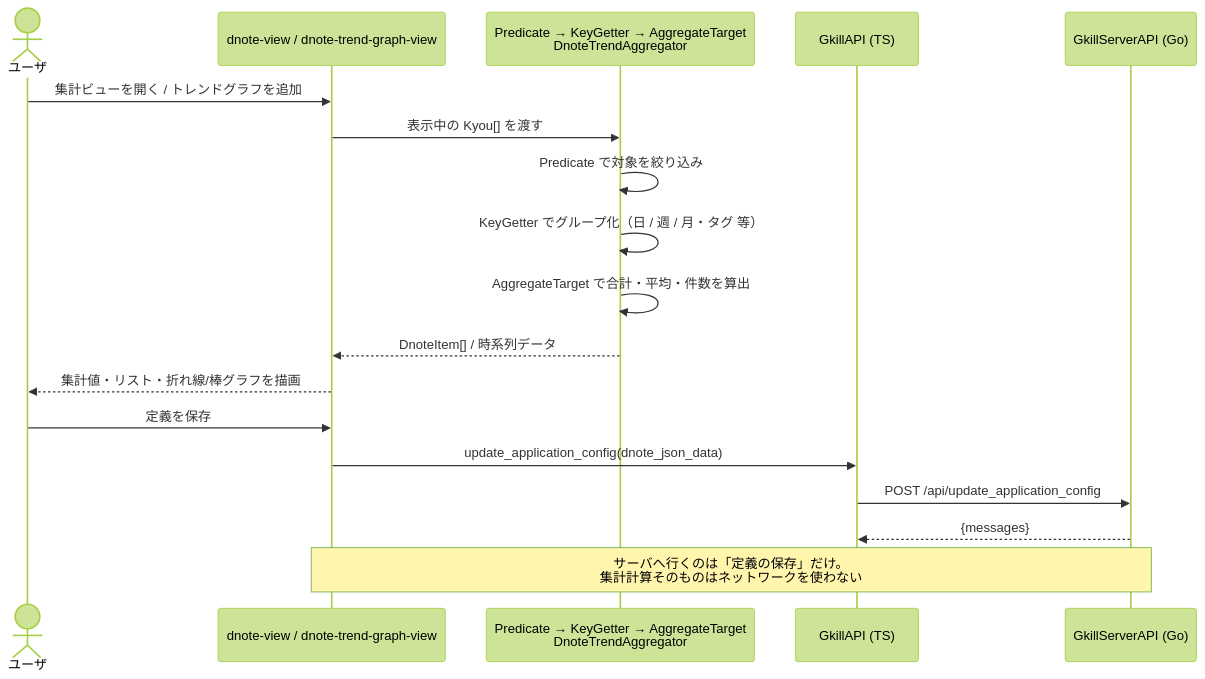
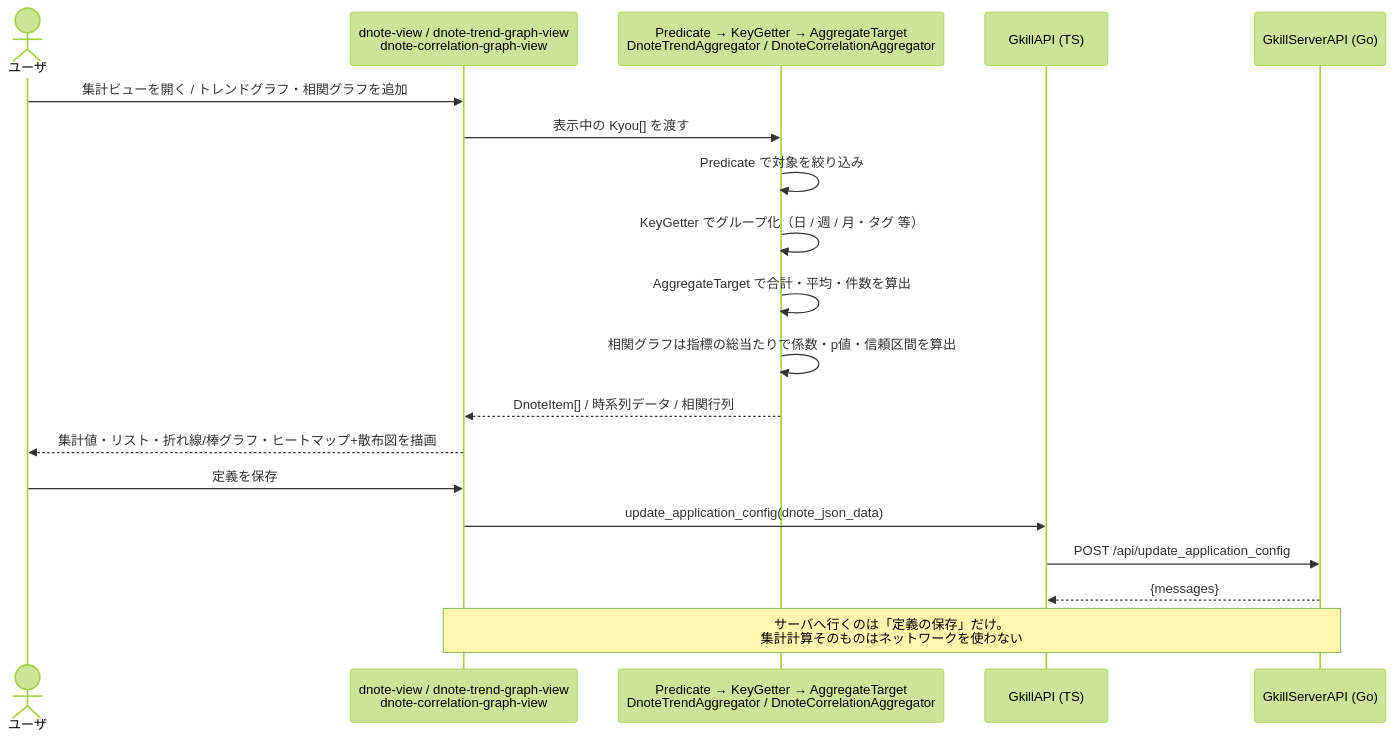
Diagram 25 of 25 in documents/reverse/scenario.md (mt3hr/gkill), drawn with Mermaid (forest theme) before and after one commit. The commit also changed other lines of this file and 74 other files, not shown here.

````diff
--- a/documents/reverse/scenario.md
+++ b/documents/reverse/scenario.md
@@ -784,21 +784,22 @@
 ```mermaid
 sequenceDiagram
     actor User as ユーザ
-    participant View as dnote-view / dnote-trend-graph-view
-    participant Agg as Predicate → KeyGetter → AggregateTarget<br>DnoteTrendAggregator
+    participant View as dnote-view / dnote-trend-graph-view<br>dnote-correlation-graph-view
+    participant Agg as Predicate → KeyGetter → AggregateTarget<br>DnoteTrendAggregator / DnoteCorrelationAggregator
     participant GkillAPI as GkillAPI (TS)
     participant API as GkillServerAPI (Go)
 
-    User->>View: 集計ビューを開く / トレンドグラフを追加
+    User->>View: 集計ビューを開く / トレンドグラフ・相関グラフを追加
     View->>Agg: 表示中の Kyou[] を渡す
     Agg->>Agg: Predicate で対象を絞り込み
     Agg->>Agg: KeyGetter でグループ化（日 / 週 / 月・タグ 等）
     Agg->>Agg: AggregateTarget で合計・平均・件数を算出
-    Agg-->>View: DnoteItem[] / 時系列データ
-    View-->>User: 集計値・リスト・折れ線/棒グラフを描画
+    Agg->>Agg: 相関グラフは指標の総当たりで係数・p値・信頼区間を算出
+    Agg-->>View: DnoteItem[] / 時系列データ / 相関行列
+    View-->>User: 集計値・リスト・折れ線/棒グラフ・ヒートマップ+散布図を描画
     User->>View: 定義を保存
     View->>GkillAPI: update_application_config(dnote_json_data)
     GkillAPI->>API: POST /api/update_application_config
     API-->>GkillAPI: {messages}
     Note over View,API: サーバへ行くのは「定義の保存」だけ。<br>集計計算そのものはネットワークを使わない
 ```
````
